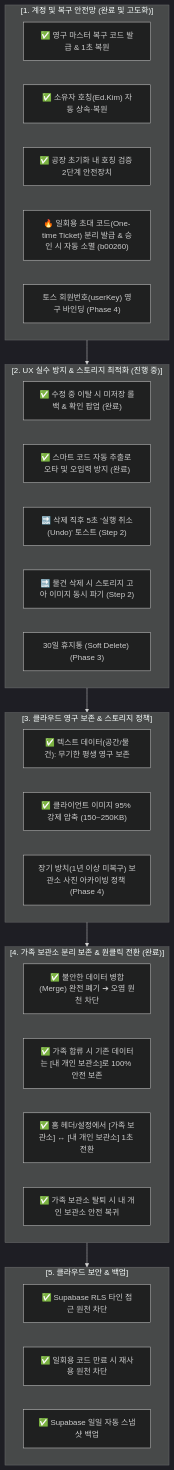
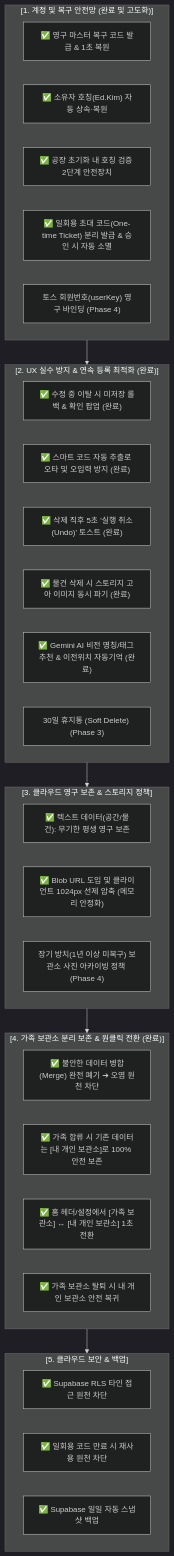
Before and after one commit to tauriqon/where-is-it: the second of 4 diagrams in docs/roadmap_and_summary.md, drawn with Mermaid (dark theme). The commit also changed other lines of this file, not shown here.

Commit message:
docs: consolidate Phase 2 completion, comparison table, and next steps into roadmap (v1.1.0-b00284)

````diff
--- a/docs/roadmap_and_summary.md
+++ b/docs/roadmap_and_summary.md
@@ -69,42 +79,43 @@
 ```mermaid
 flowchart TD
     subgraph S1["[1. 계정 및 복구 안전망 (완료 및 고도화)]"]
         S1_1["✅ 영구 마스터 복구 코드 발급 & 1초 복원"]
         S1_2["✅ 소유자 호칭(Ed.Kim) 자동 상속·복원"]
         S1_3["✅ 공장 초기화 내 호칭 검증 2단계 안전장치"]
-        S1_4["🔥 일회용 초대 코드(One-time Ticket) 분리 발급 & 승인 시 자동 소멸 (b00260)"]
+        S1_4["✅ 일회용 초대 코드(One-time Ticket) 분리 발급 & 승인 시 자동 소멸"]
         S1_5["토스 회원번호(userKey) 영구 바인딩 (Phase 4)"]
     end
 
-    subgraph S2["[2. UX 실수 방지 & 스토리지 최적화 (진행 중)]"]
+    subgraph S2["[2. UX 실수 방지 & 연속 등록 최적화 (완료)]"]
         S2_1["✅ 수정 중 이탈 시 미저장 롤백 & 확인 팝업 (완료)"]
         S2_2["✅ 스마트 코드 자동 추출로 오타 및 오입력 방지 (완료)"]
-        S2_3["🔜 삭제 직후 5초 '실행 취소(Undo)' 토스트 (Step 2)"]
-        S2_4["🔜 물건 삭제 시 스토리지 고아 이미지 동시 파기 (Step 2)"]
-        S2_5["30일 휴지통 (Soft Delete) (Phase 3)"]
+        S2_3["✅ 삭제 직후 5초 '실행 취소(Undo)' 토스트 (완료)"]
+        S2_4["✅ 물건 삭제 시 스토리지 고아 이미지 동시 파기 (완료)"]
+        S2_5["✅ Gemini AI 비전 명칭/태그 추천 & 이전위치 자동기억 (완료)"]
+        S2_6["30일 휴지통 (Soft Delete) (Phase 3)"]
     end
 
     subgraph S3["[3. 클라우드 영구 보존 & 스토리지 정책]"]
         S3_1["✅ 텍스트 데이터(공간/물건): 무기한 평생 영구 보존"]
-        S3_2["✅ 클라이언트 이미지 95% 강제 압축 (150~250KB)"]
+        S3_2["✅ Blob URL 도입 및 클라이언트 1024px 선제 압축 (메모리 안정화)"]
         S3_3["장기 방치(1년 이상 미복구) 보관소 사진 아카이빙 정책 (Phase 4)"]
     end
 
     subgraph S4["[4. 가족 보관소 분리 보존 & 원클릭 전환 (완료)]"]
         S4_1["✅ 불안한 데이터 병합(Merge) 완전 폐기 ➔ 오염 원천 차단"]
         S4_2["✅ 가족 합류 시 기존 데이터는 [내 개인 보관소]로 100% 안전 보존"]
         S4_3["✅ 홈 헤더/설정에서 [가족 보관소] ↔ [내 개인 보관소] 1초 전환"]
         S4_4["✅ 가족 보관소 탈퇴 시 내 개인 보관소 안전 복귀"]
     end
 
     subgraph S5["[5. 클라우드 보안 & 백업]"]
         S5_1["✅ Supabase RLS 타인 접근 원천 차단"]
         S5_2["✅ 일회용 코드 만료 시 재사용 원천 차단"]
         S5_3["✅ Supabase 일일 자동 스냅샷 백업"]
     end
 
     S1 --> S2
     S2 --> S3
     S3 --> S4
     S4 --> S5
 ```
````
